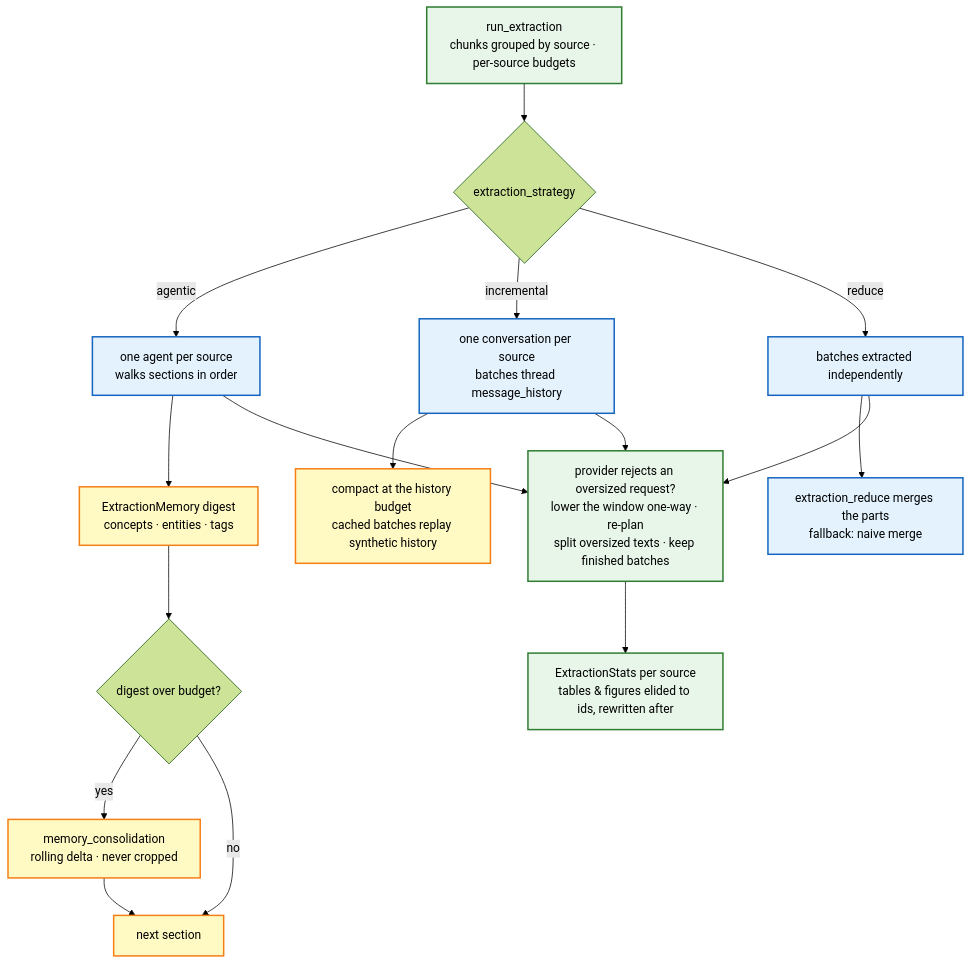
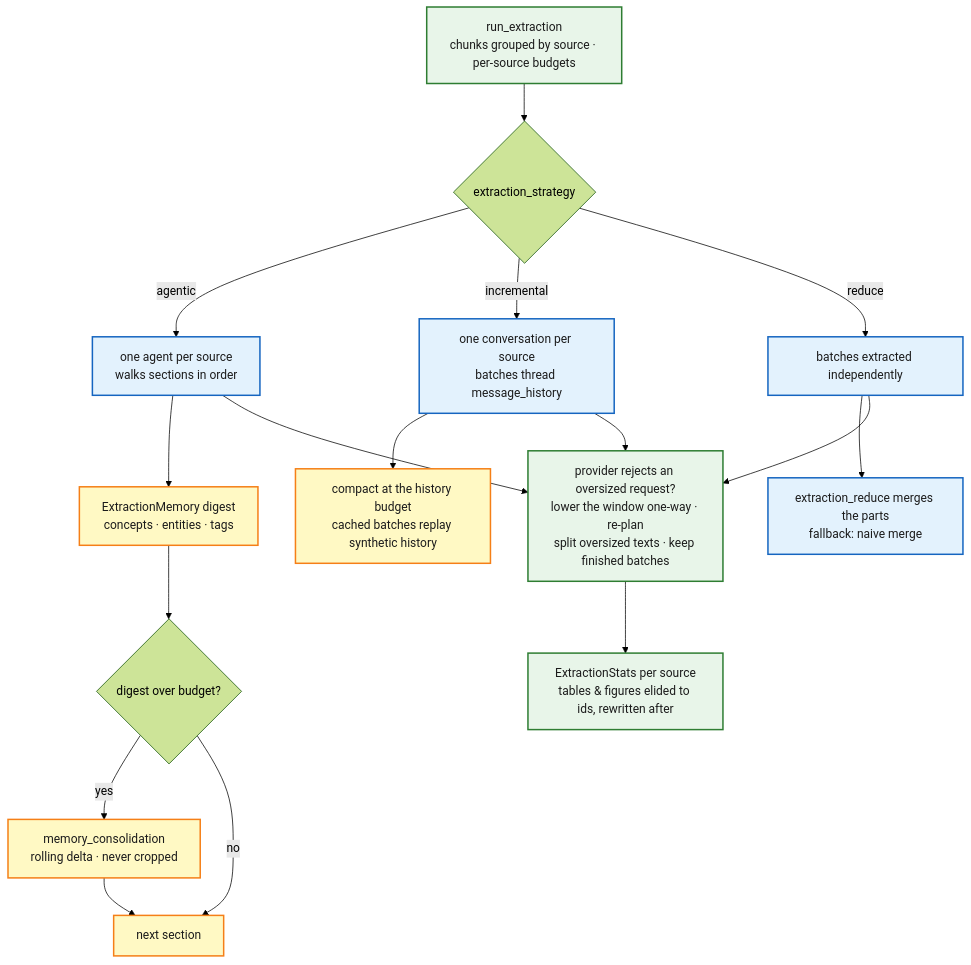
One commit to jr2804/kompend changed the sixth of 6 diagrams in docs/architecture/agentic-layer.md. Above: the diagram before and after it, drawn with Mermaid (forest theme). The commit also changed other lines of this file and 3 other files, not shown here.

First line of the commit message:
📝 docs(architecture): clarify agentic task execution shapes

````diff
--- a/docs/architecture/agentic-layer.md
+++ b/docs/architecture/agentic-layer.md
@@ -250,31 +268,31 @@
 ```mermaid
 flowchart TD
-    classDef shared fill:#e8f5e9,stroke:#2e7d32,stroke-width:2px
-    classDef strat fill:#e3f2fd,stroke:#1565c0,stroke-width:2px
-    classDef rescue fill:#fff9c4,stroke:#f57f17,stroke-width:2px
+    classDef shared fill:#e8f5e9,stroke:#2e7d32,stroke-width:2px,color:#1B1B1B
+    classDef strat fill:#e3f2fd,stroke:#1565c0,stroke-width:2px,color:#1B1B1B
+    classDef rescue fill:#fff9c4,stroke:#f57f17,stroke-width:2px,color:#1B1B1B
 
     RUN["run_extraction<br/>chunks grouped by source · per-source budgets"] --> DIS{"extraction_strategy"}
 
     DIS -- "agentic" --> AG["one agent per source<br/>walks sections in order"]
     AG --> MEM["ExtractionMemory digest<br/>concepts · entities · tags"]
     MEM --> BIG{"digest over budget?"}
     BIG -- "yes" --> CONS["memory_consolidation<br/>rolling delta · never cropped"]
     BIG -- "no" --> NEXT["next section"]
     CONS --> NEXT
 
     DIS -- "incremental" --> INC["one conversation per source<br/>batches thread message_history"]
     INC --> HIST["compact at the history budget<br/>cached batches replay synthetic history"]
 
     DIS -- "reduce" --> RED["batches extracted independently"]
     RED --> COMB["extraction_reduce merges the parts<br/>fallback: naive merge"]
 
     AG --> OV
     INC --> OV
     RED --> OV
     OV["provider rejects an oversized request?<br/>lower the window one-way · re-plan<br/>split oversized texts · keep finished batches"]
     OV --> OUT["ExtractionStats per source<br/>tables & figures elided to ids, rewritten after"]
 
     class RUN,OUT,OV shared
     class AG,INC,RED,COMB strat
     class MEM,CONS,HIST,NEXT rescue
 ```
````
